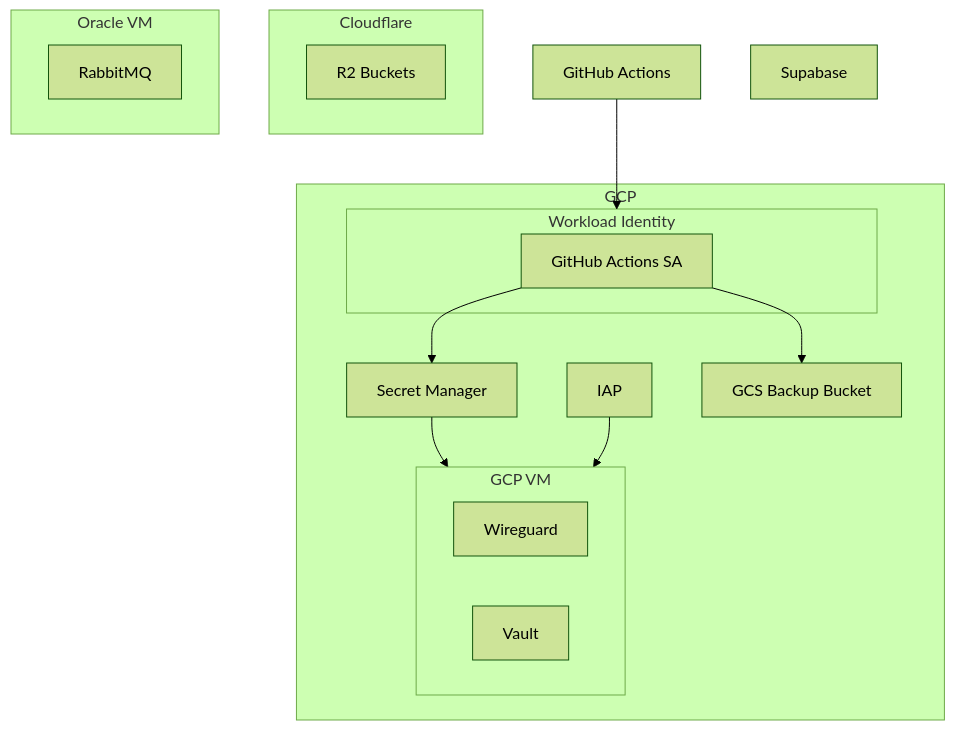
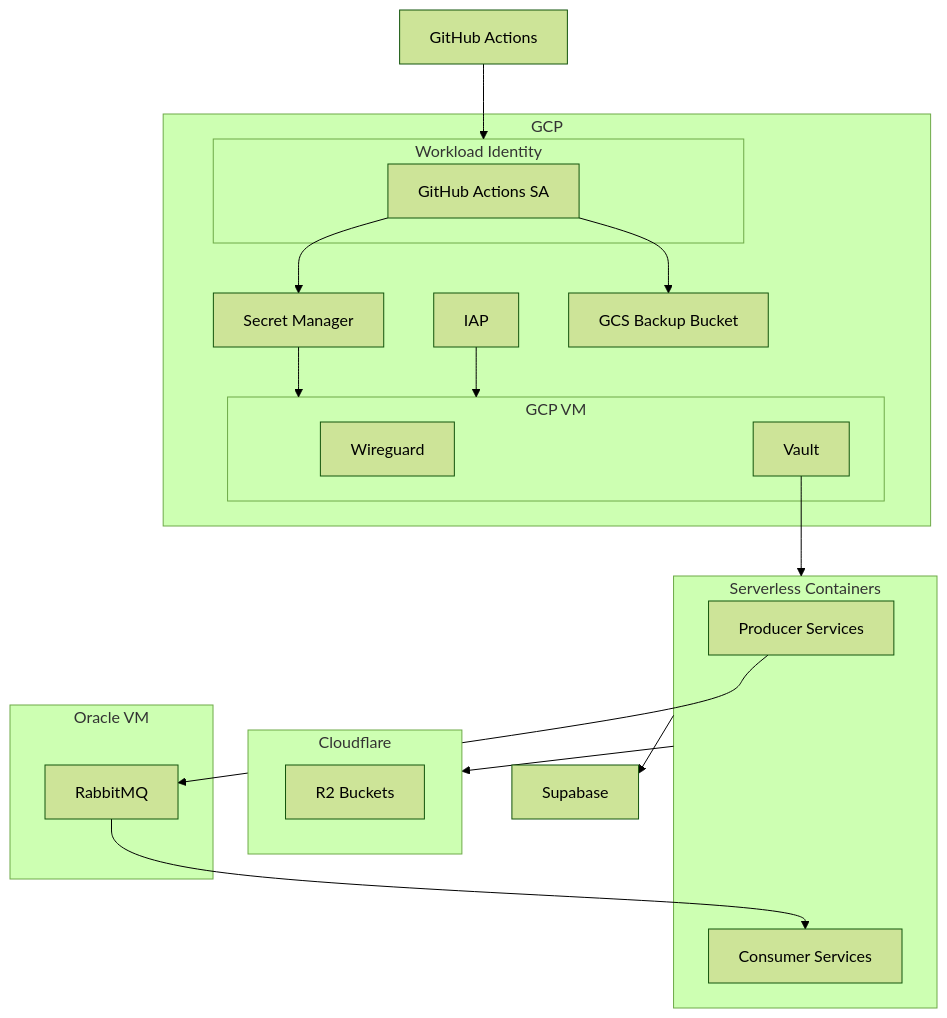
The first of 4 diagrams in docs/infrastructure/infrastructure.md (iamharryliu/vigilant-broccoli), drawn with Mermaid (forest theme) before and after one commit. The commit also changed 1 other file, not shown here.

````diff
--- a/docs/infrastructure/infrastructure.md
+++ b/docs/infrastructure/infrastructure.md
@@ -8,36 +8,47 @@
 ```mermaid
 flowchart
+
+subgraph SERVERLESS_CONTAINERS[Serverless Containers]
+  PRODUCER_SERVICES[Producer Services]
+  CONSUMER_SERVICES[Consumer Services]
+end
 
 subgraph GCP
 
   SECRET_MANAGER[Secret Manager]
   IAP[IAP]
   GCS_BACKUP[GCS Backup Bucket]
 
   subgraph GCP_VM[GCP VM]
     WIREGUARD[Wireguard]
     VAULT[Vault]
   end
 
   subgraph WORKLOAD_IDENTITY[Workload Identity]
     GITHUB_ACTIONS_SA[GitHub Actions SA]
   end
 
   SECRET_MANAGER-->GCP_VM
   IAP-->GCP_VM
   GITHUB_ACTIONS_SA-->GCS_BACKUP
   GITHUB_ACTIONS_SA-->SECRET_MANAGER
 
 end
 
 subgraph CLOUDFLARE[Cloudflare]
   R2[R2 Buckets]
 end
 
 subgraph ORACLE_VM[Oracle VM]
   RABBITMQ[RabbitMQ]
 end
 
+
+PRODUCER_SERVICES-->RABBITMQ-->CONSUMER_SERVICES
+VAULT-->SERVERLESS_CONTAINERS
+
+SERVERLESS_CONTAINERS-->SUPABASE
+SERVERLESS_CONTAINERS-->CLOUDFLARE
 GITHUB_ACTIONS[GitHub Actions]-->WORKLOAD_IDENTITY
 SUPABASE[Supabase]
 ```
````
